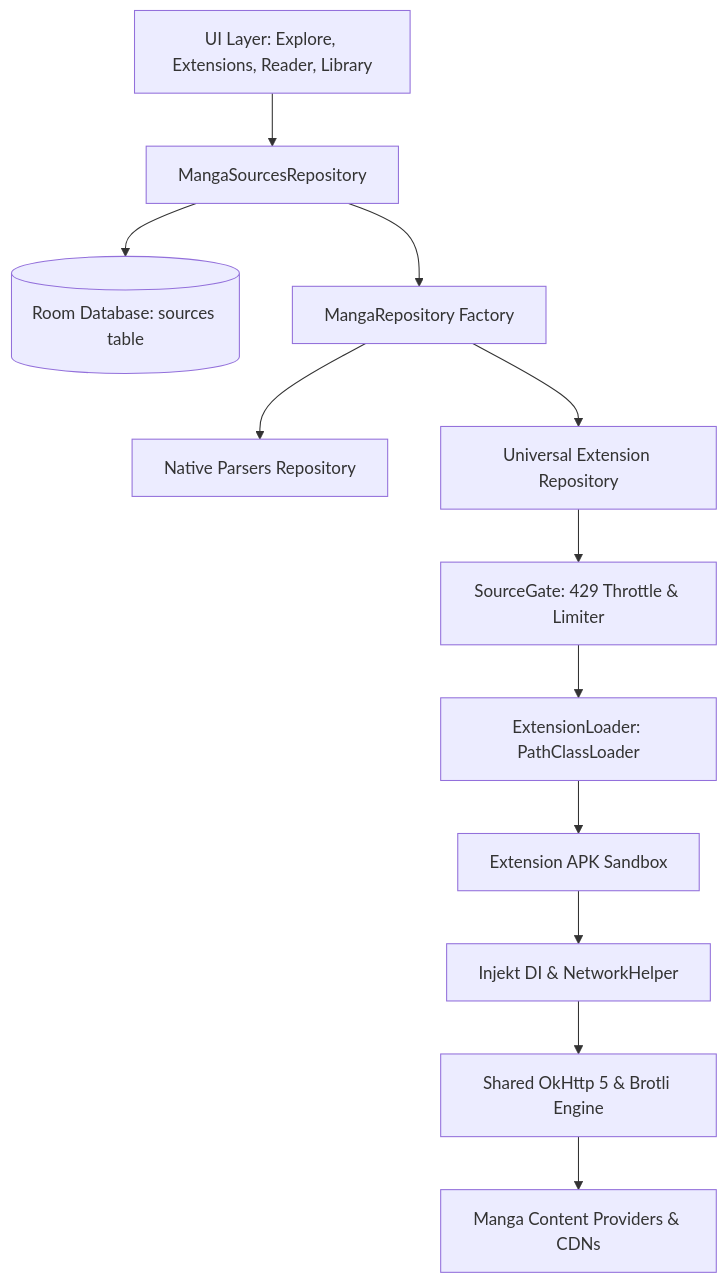
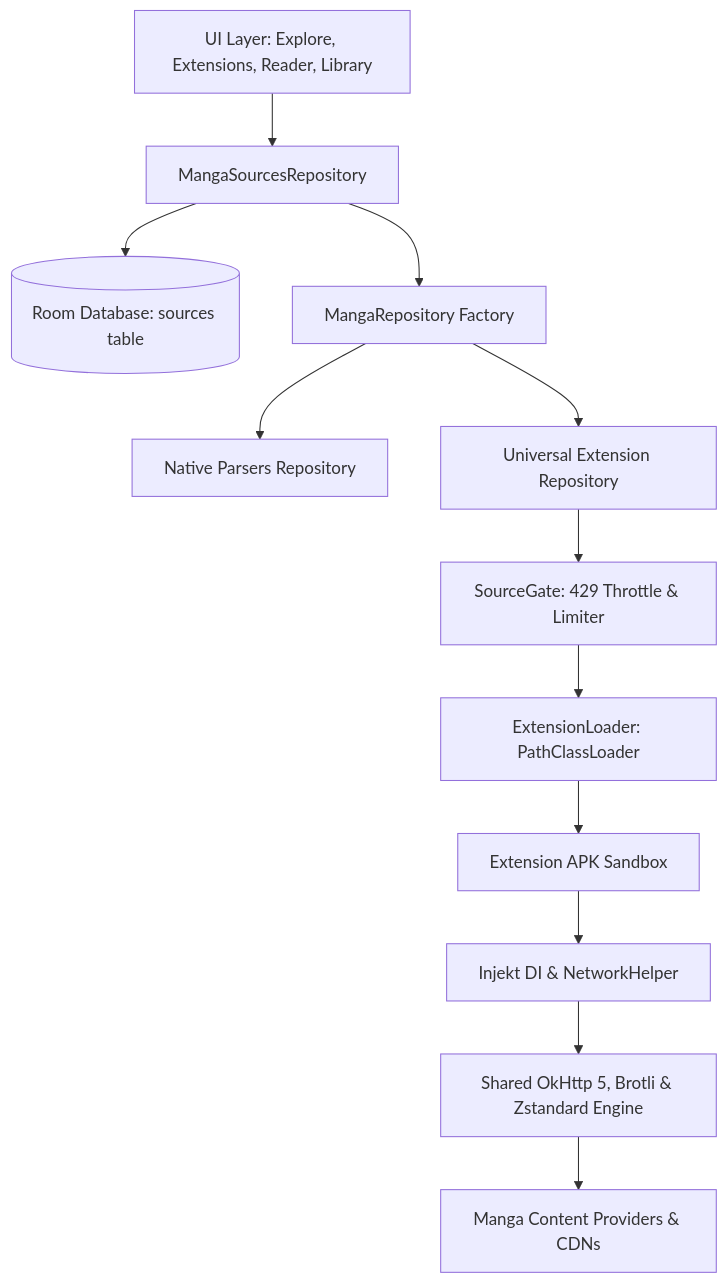
Before and after one commit to zeravrix/ZERAVRIX-Phone: the diagram in README.md, drawn with Mermaid. The commit also changed other lines of this file and 9 other files, not shown here.

````diff
--- a/README.md
+++ b/README.md
@@ -65,17 +64,17 @@
 ```mermaid
 graph TD
     UI[UI Layer: Explore, Extensions, Reader, Library] --> SourcesRepo[MangaSourcesRepository]
     SourcesRepo --> RoomDB[(Room Database: sources table)]
     SourcesRepo --> Factory[MangaRepository Factory]
     
     Factory --> NativeParsers[Native Parsers Repository]
     Factory --> ExtRepo[Universal Extension Repository]
     
     ExtRepo --> SourceGate[SourceGate: 429 Throttle & Limiter]
     SourceGate --> ExtLoader[ExtensionLoader: PathClassLoader]
     ExtLoader --> ExtAPK[Extension APK Sandbox]
     
     ExtAPK --> Injekt[Injekt DI & NetworkHelper]
-    Injekt --> OkHttp[Shared OkHttp 5 & Brotli Engine]
+    Injekt --> OkHttp[Shared OkHttp 5, Brotli & Zstandard Engine]
     OkHttp --> Internet[Manga Content Providers & CDNs]
 ```
````
